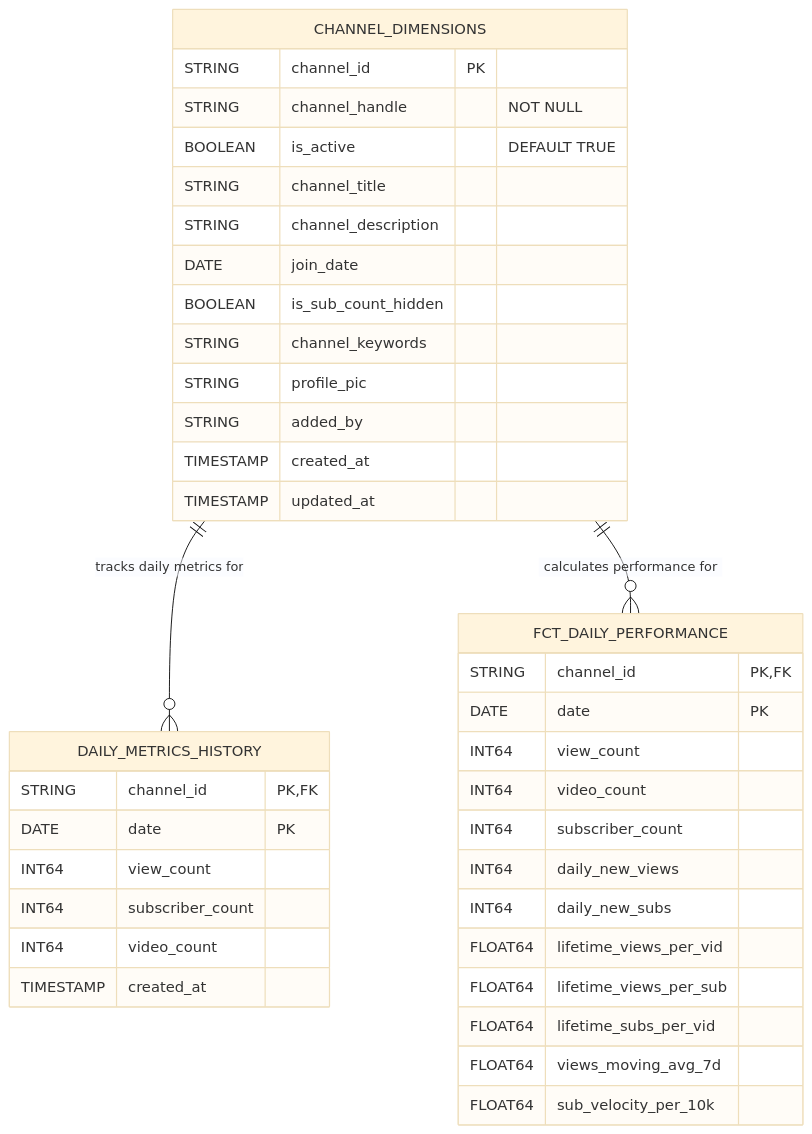
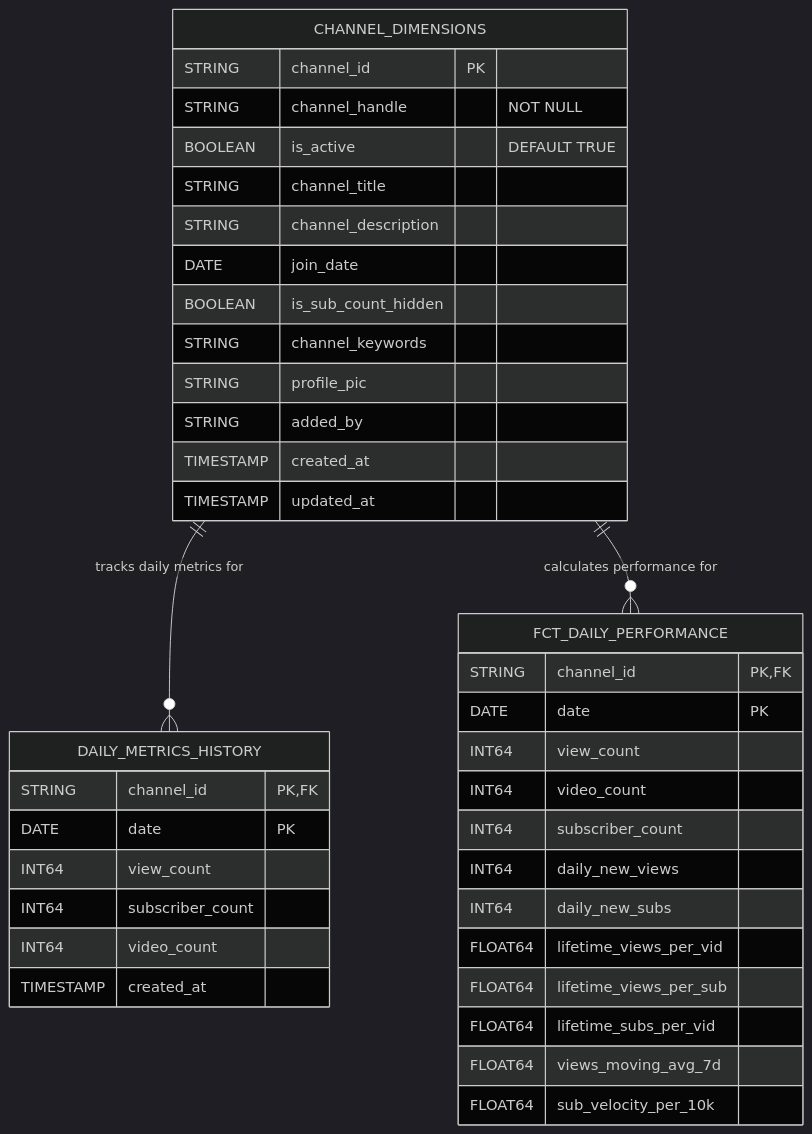
One commit to SimonLiles/sailing_channel_dashboard changed the diagram in docs/data_model_erd.mmd. Above: the diagram before and after it, drawn with Mermaid. The commit also changed 2 other files, not shown here.

Commit message:
Just more playing with diagram colors

```diff
--- a/docs/data_model_erd.mmd
+++ b/docs/data_model_erd.mmd
@@ -1,46 +1,46 @@
-%%{init: {'theme': 'base'}}%%
+%%{init: {'theme': 'dark'}}%%
 
 erDiagram
     %% Entities and Attributes
     CHANNEL_DIMENSIONS {
         STRING channel_id PK
         STRING channel_handle "NOT NULL"
         BOOLEAN is_active "DEFAULT TRUE"
         STRING channel_title
         STRING channel_description
         DATE join_date
         BOOLEAN is_sub_count_hidden
         STRING channel_keywords
         STRING profile_pic
         STRING added_by
         TIMESTAMP created_at
         TIMESTAMP updated_at
     }
 
     DAILY_METRICS_HISTORY {
         STRING channel_id PK, FK
         DATE date PK
         INT64 view_count
         INT64 subscriber_count
         INT64 video_count
         TIMESTAMP created_at
     }
 
     FCT_DAILY_PERFORMANCE {
         STRING channel_id PK, FK
         DATE date PK
         INT64 view_count
         INT64 video_count
         INT64 subscriber_count
         INT64 daily_new_views
         INT64 daily_new_subs
         FLOAT64 lifetime_views_per_vid
         FLOAT64 lifetime_views_per_sub
         FLOAT64 lifetime_subs_per_vid
         FLOAT64 views_moving_avg_7d
         FLOAT64 sub_velocity_per_10k
     }
 
     %% Relationships
     CHANNEL_DIMENSIONS ||--o{ DAILY_METRICS_HISTORY : "tracks daily metrics for"
     CHANNEL_DIMENSIONS ||--o{ FCT_DAILY_PERFORMANCE : "calculates performance for"
```
